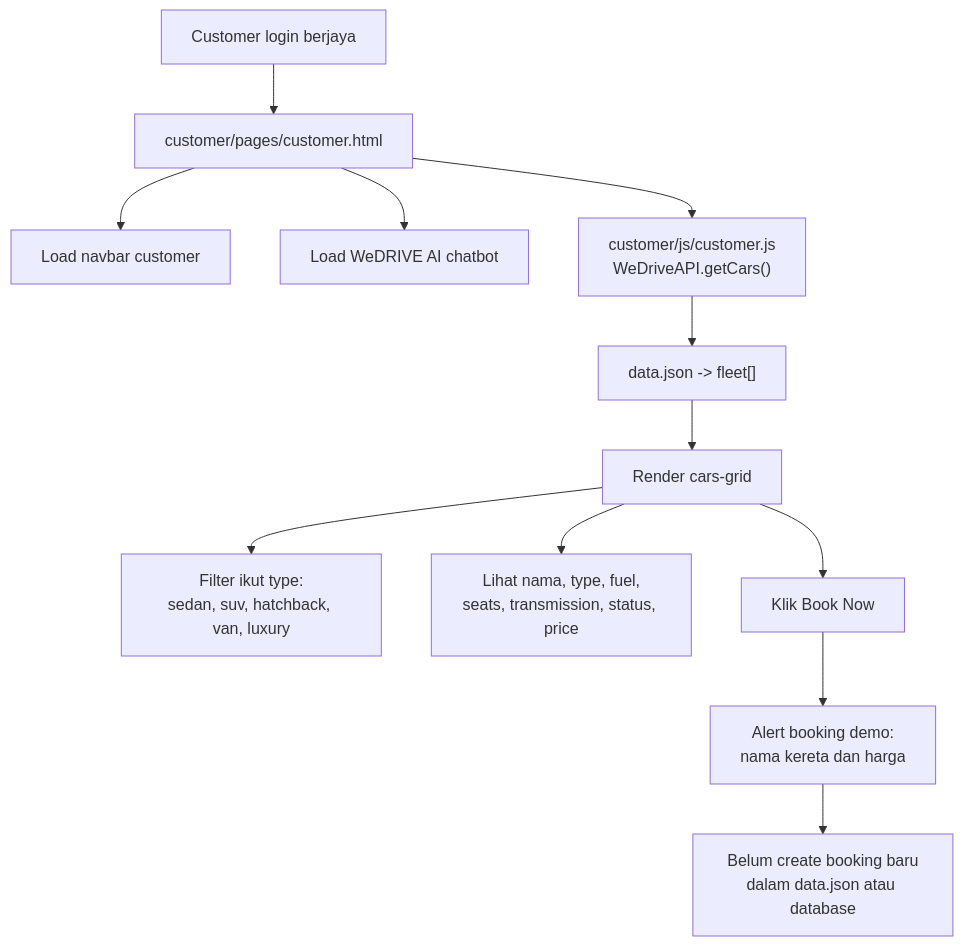
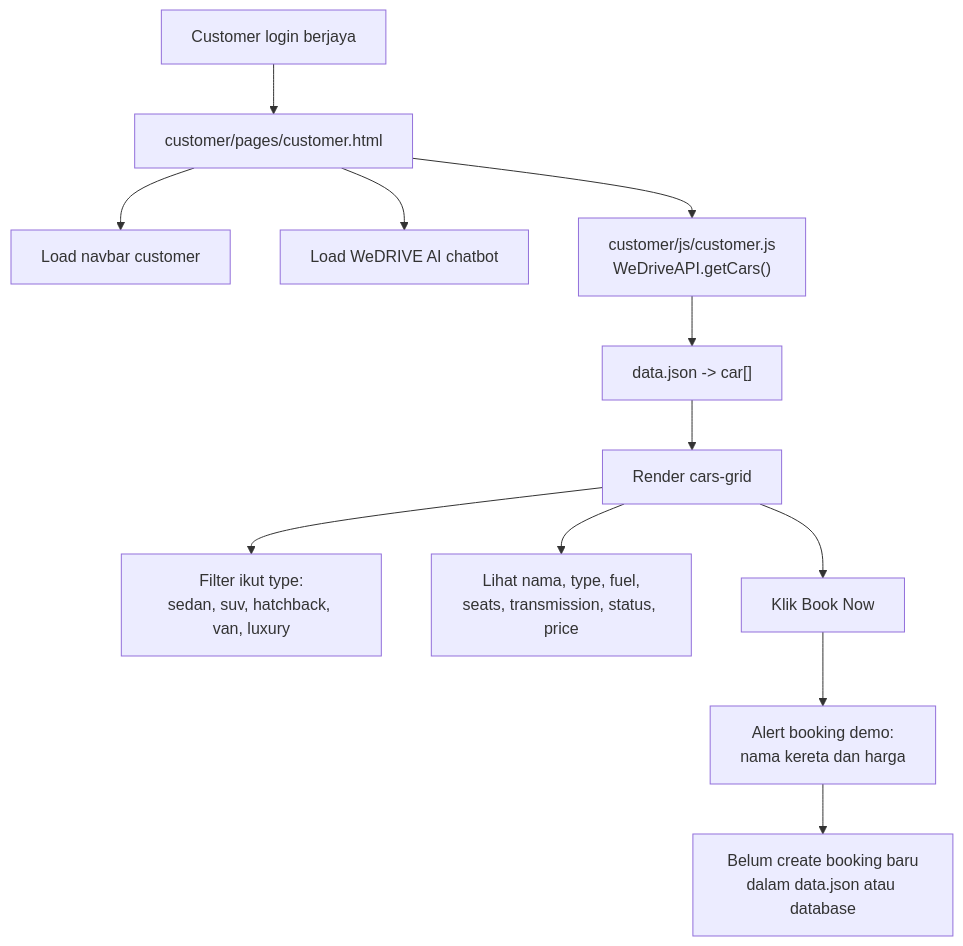
Before and after one commit to hdanial211/WeDRIVE: the sixth of 20 diagrams in docs/FULL_SYSTEM_FLOWCHART.md, drawn with Mermaid. The commit also changed other lines of this file and 41 other files, not shown here.

Commit message:
5.5.12 Refactoring: Rename fleet terminology to car across language files and loaders

````diff
--- a/docs/FULL_SYSTEM_FLOWCHART.md
+++ b/docs/FULL_SYSTEM_FLOWCHART.md
@@ -134,17 +134,17 @@
 ```mermaid
 flowchart TD
     CUSTOMER_START["Customer login berjaya"] --> CUSTOMER_PAGE["customer/pages/customer.html"]
     CUSTOMER_PAGE --> LOAD_NAV["Load navbar customer"]
     CUSTOMER_PAGE --> LOAD_CHATBOT["Load WeDRIVE AI chatbot"]
     CUSTOMER_PAGE --> LOAD_CARS["customer/js/customer.js<br/>WeDriveAPI.getCars()"]
 
-    LOAD_CARS --> FLEET_DATA["data.json -> fleet[]"]
-    FLEET_DATA --> CAR_GRID["Render cars-grid"]
+    LOAD_CARS --> CAR_DATA["data.json -> car[]"]
+    CAR_DATA --> CAR_GRID["Render cars-grid"]
 
     CAR_GRID --> FILTER_TYPE["Filter ikut type:<br/>sedan, suv, hatchback, van, luxury"]
     CAR_GRID --> VIEW_CARD["Lihat nama, type, fuel,<br/>seats, transmission, status, price"]
     CAR_GRID --> BOOK_NOW["Klik Book Now"]
 
     BOOK_NOW --> BOOK_DEMO["Alert booking demo:<br/>nama kereta dan harga"]
     BOOK_DEMO --> LIMITATION["Belum create booking baru<br/>dalam data.json atau database"]
 ```
````
